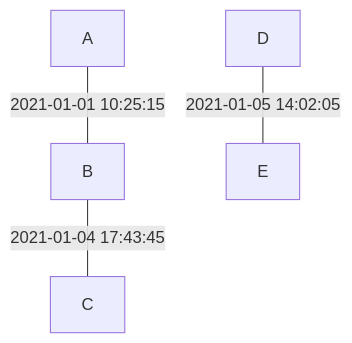
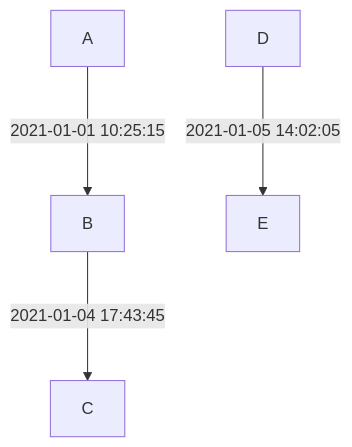
One commit to jpmmcneill/dbt-graph-theory changed the seventh of 13 diagrams in README.md. Above: the diagram before and after it, drawn with Mermaid. The commit also changed other lines of this file, not shown here.

Commit message:
make ordered graphs obviously ordered

````diff
--- a/README.md
+++ b/README.md
@@ -338,6 +338,6 @@
 ```mermaid
 flowchart
-  A---|2021-01-01 10:25:15|B
-  B---|2021-01-04 17:43:45|C
-  D---|2021-01-05 14:02:05|E
+  A--->|2021-01-01 10:25:15|B
+  B--->|2021-01-04 17:43:45|C
+  D--->|2021-01-05 14:02:05|E
 ```
````
